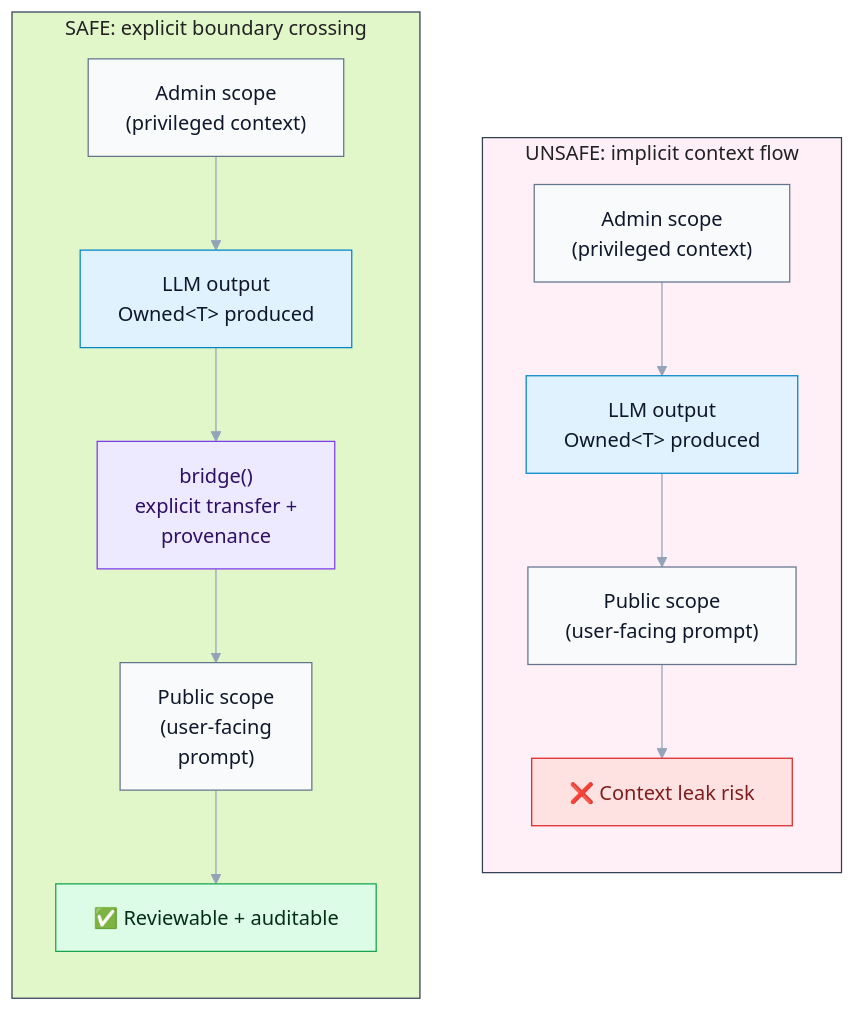
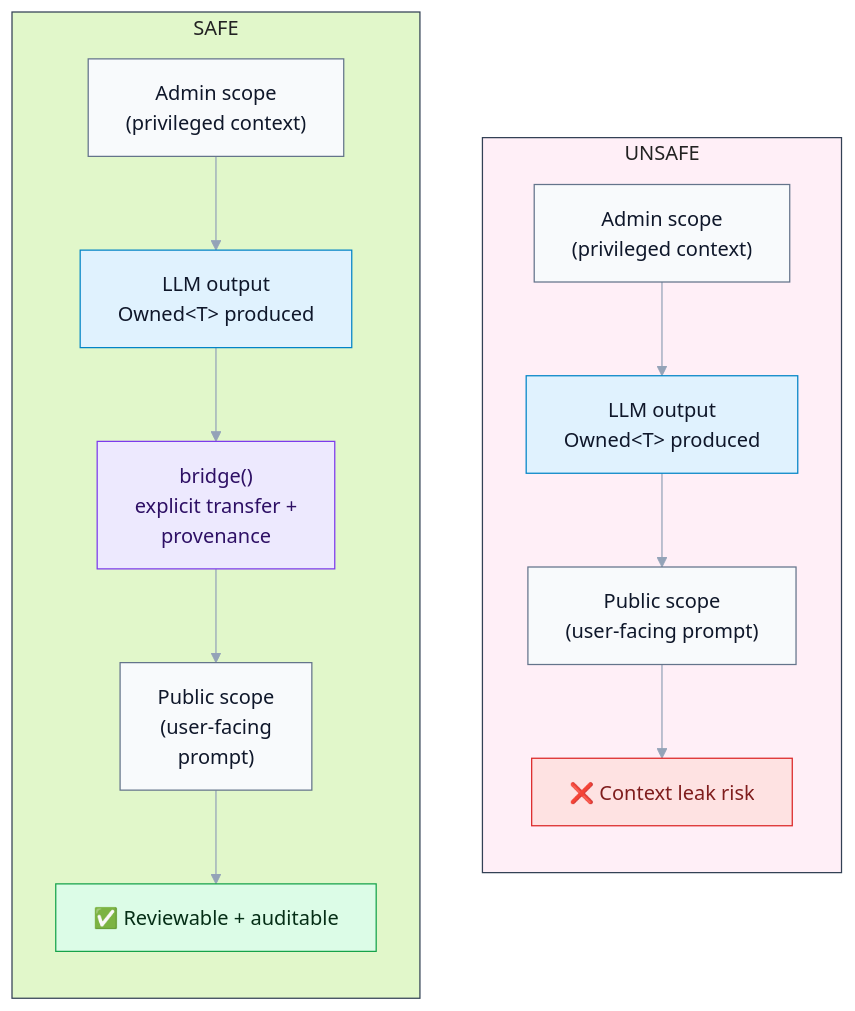
The diagram in README.md (mullionlabs/mullion-ts), drawn with Mermaid before and after one commit. The commit also changed other lines of this file, not shown here.

````diff
--- a/README.md
+++ b/README.md
@@ -63,52 +63,52 @@
 ```mermaid
 %%{init: {
   "theme": "base",
   "themeVariables": {
     "fontFamily": "ui-sans-serif, system-ui, -apple-system, Segoe UI, Roboto, Arial",
     "lineColor": "#94a3b8",
     "textColor": "#0f172a"
   }
 }}%%
 
 flowchart LR
 %% ========== NODE STYLES (solid fills) ==========
     classDef admin  fill:#f8fafc,stroke:#64748b,color:#0f172a;
     classDef llm    fill:#e0f2fe,stroke:#0284c7,color:#0f172a;
     classDef public fill:#f8fafc,stroke:#64748b,color:#0f172a;
 
     classDef bridge fill:#ede9fe,stroke:#7c3aed,color:#2e1065;
     classDef ok     fill:#dcfce7,stroke:#16a34a,color:#052e16;
     classDef danger fill:#fee2e2,stroke:#dc2626,color:#7f1d1d;
 
 %% ========== SAFE ==========
-    subgraph S["SAFE: explicit boundary crossing"]
+    subgraph S["SAFE"]
         direction TB
         SA["Admin scope   <br/>(privileged context)"]:::admin
         SO["LLM output<br/>Owned&lt;T&gt; produced"]:::llm
         SB["bridge()<br/>explicit transfer + <br/>provenance"]:::bridge
         SX["Public scope<br/>(user-facing <br/>prompt)"]:::public
         SOK["✅ Reviewable + auditable"]:::ok
     end
 
 %% ========== UNSAFE ==========
-    subgraph U["UNSAFE: implicit context flow"]
+    subgraph U["UNSAFE"]
         direction TB
         UA["Admin scope<br/>(privileged context)"]:::admin
         UO["LLM output<br/>Owned&lt;T&gt; produced"]:::llm
         UX["Public scope<br/>(user-facing prompt)"]:::public
         UL["❌ Context leak risk"]:::danger
     end
 
 %% ========== SUBGRAPH BACKGROUNDS (solid, good on dark IDE) ==========
     style S fill:#e1f7ca,stroke:#334155,stroke-width:1px,color:#222222;
     style U fill:#ffeff7,stroke:#334155,stroke-width:1px,color:#222222;
 
 %% ========== ALIGN TOP-LEFT (hidden link) ==========
     SA --- UA
     linkStyle 0 stroke:transparent,stroke-width:0;
 
 %% ========== REAL EDGES ==========
     SA --> SO --> SB --> SX --> SOK
     UA --> UO --> UX --> UL
 
 ```
````
